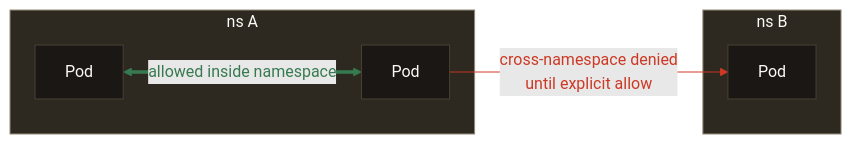
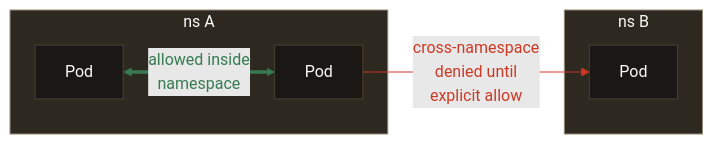
Before and after one commit to yu-min3/kensan-lab: the second of 3 diagrams in kubernetes/network/README.md, drawn with Mermaid (forest theme).

Commit message:
docs: default-deny図のラベル幅を調整

````diff
--- a/kubernetes/network/README.md
+++ b/kubernetes/network/README.md
@@ -66,18 +66,18 @@
 ```mermaid
 %%{init: {"flowchart": {"htmlLabels": true}} }%%
 flowchart LR
     subgraph nsA["ns A"]
-        A1[Pod] <==>|"allowed inside namespace"| A2[Pod]
+        A1[Pod] <==>|"allowed inside<br/>namespace"| A2[Pod]
     end
     subgraph nsB["ns B"]
         B1[Pod]
     end
-    A2 -->|"cross-namespace denied<br/>until explicit allow"| B1
+    A2 -->|"cross-namespace<br/>denied until<br/>explicit allow"| B1
 
     style nsA fill:#2D2820,stroke:#948B79,color:#FCFAF6
     style nsB fill:#2D2820,stroke:#948B79,color:#FCFAF6
     classDef pod fill:#1A1714,stroke:#4A4232,color:#FCFAF6
     class A1,A2,B1 pod
     linkStyle 0 stroke:#377A50,color:#377A50
     linkStyle 1 stroke:#CC3925,color:#CC3925
 ```
````
